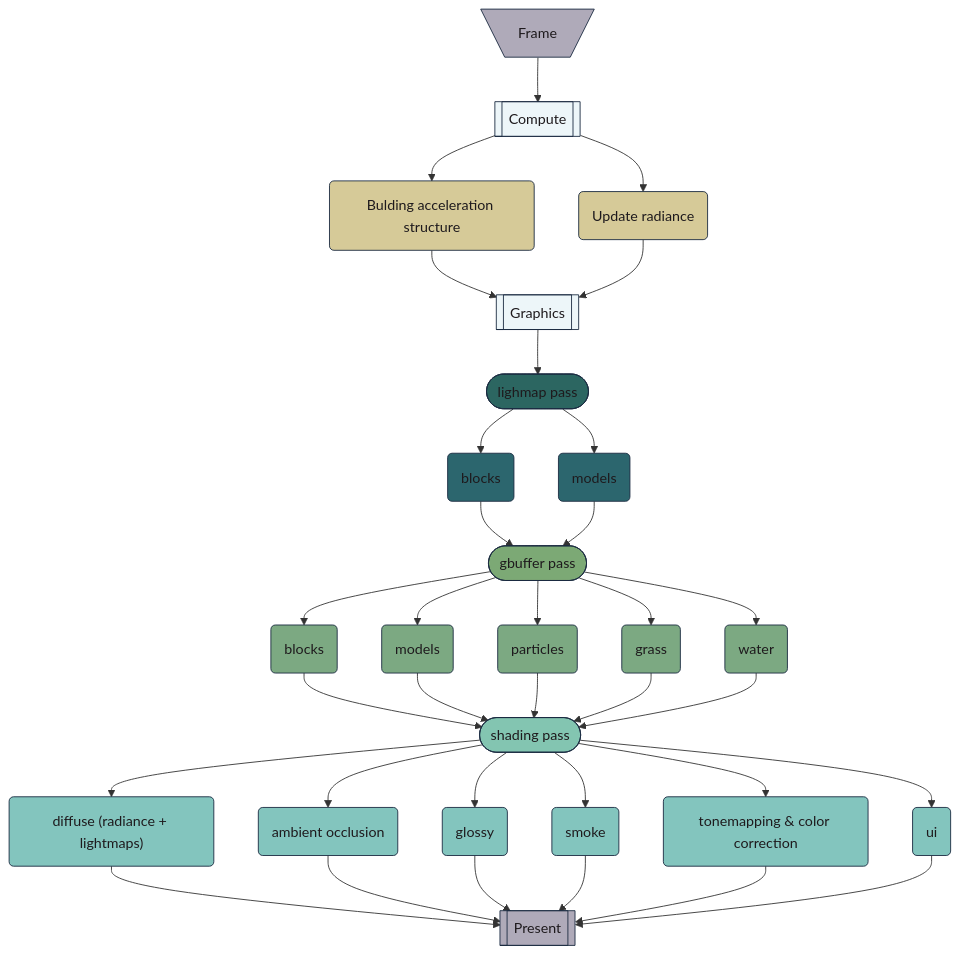
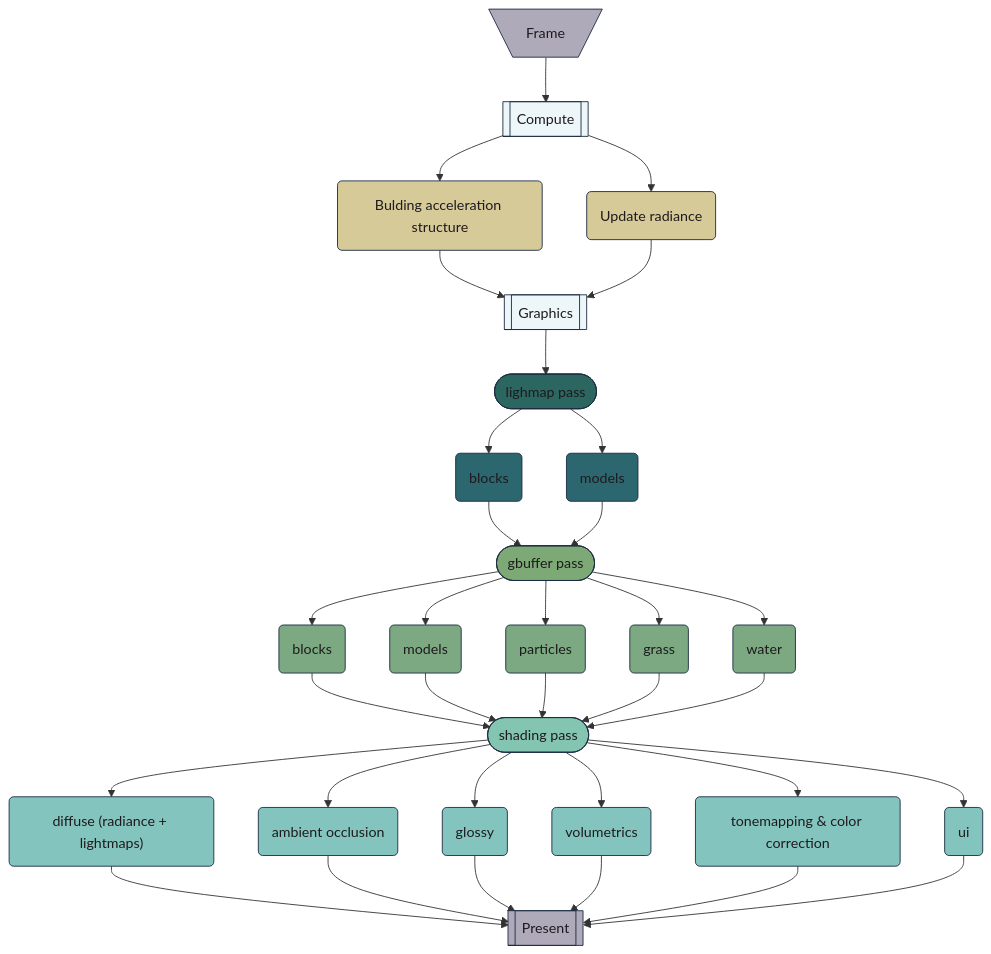
One commit to platonvin/lum changed the diagram in README.md. Above: the diagram before and after it, drawn with Mermaid. The commit also changed other lines of this file, not shown here.

```diff
--- a/README.md
+++ b/README.md
@@ -63,7 +63,7 @@
             3glossy("glossy ray generation")
             3smoke("smoke ray generation")
             3glossy("glossy")
-            3smoke("smoke")
+            3smoke("volumetrics")
             3tonemapping("tonemapping & color correction")
             3ui("ui")
     Graphics[["Graphics"]]
```
